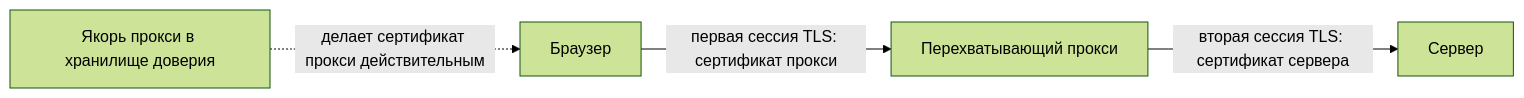
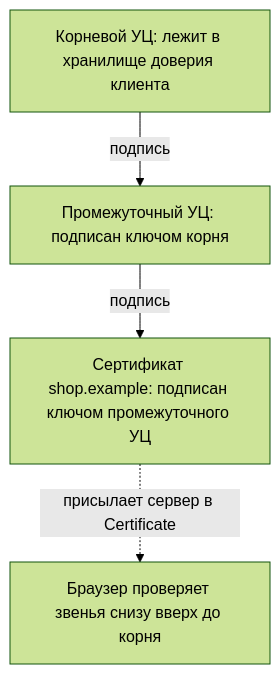
Before and after one commit to not-obfuscation/AppSec-guidebook: the third of 4 diagrams in content/stage-0/tls-and-proxy.md, drawn with Mermaid (forest theme). The commit also changed other lines of this file and 214 other files, not shown here.

````diff
--- a/content/stage-0/tls-and-proxy.md
+++ b/content/stage-0/tls-and-proxy.md
@@ -173,10 +351,10 @@
 ```mermaid
-flowchart LR
-    A[Якорь прокси в хранилище доверия]
-    B[Браузер]
-    P[Перехватывающий прокси]
-    S[Сервер]
-    A -.->|делает сертификат прокси действительным| B
-    B -->|первая сессия TLS: сертификат прокси| P
-    P -->|вторая сессия TLS: сертификат сервера| S
+flowchart TB
+    R[Корневой УЦ: лежит в хранилище доверия клиента]
+    I[Промежуточный УЦ: подписан ключом корня]
+    L[Сертификат shop.example: подписан ключом промежуточного УЦ]
+    R -->|подпись| I
+    I -->|подпись| L
+    C[Браузер проверяет звенья снизу вверх до корня]
+    L -.->|присылает сервер в Certificate| C
 ```
````
